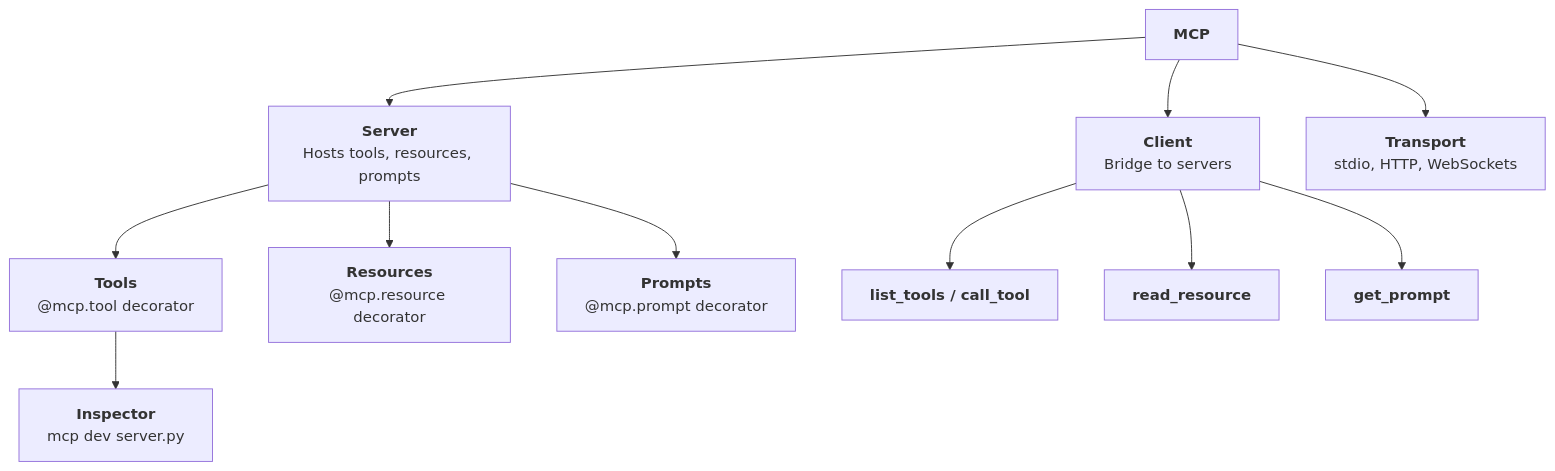
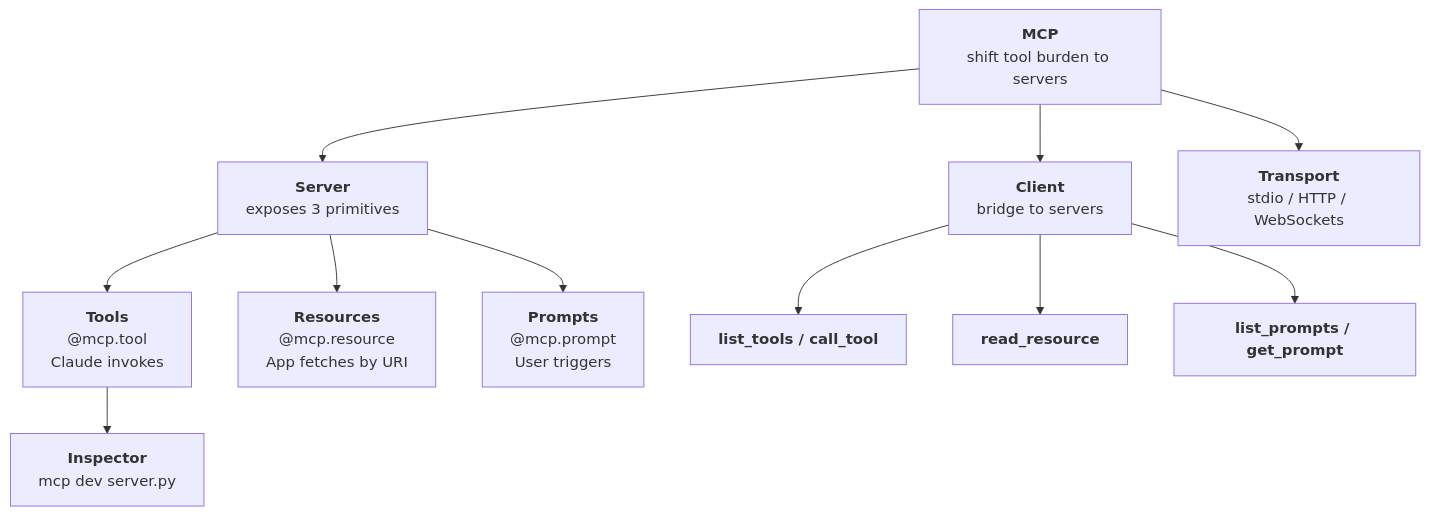
One commit to shreyabaid007/Claude-Certified-Architect changed diagram 12 of 12 in 02-Building-with-the-Claude-API/07-Model-Context-Protocol.md. Above: the diagram before and after it, drawn with Mermaid. The commit also changed other lines of this file, not shown here.

First line of the commit message:
Rewrite MCP notes as a teaching narrative

````diff
--- a/02-Building-with-the-Claude-API/07-Model-Context-Protocol.md
+++ b/02-Building-with-the-Claude-API/07-Model-Context-Protocol.md
@@ -540,13 +598,16 @@
 ```mermaid
 flowchart TD
-    A["<b>MCP</b>"] --> B["<b>Server</b><br/>Hosts tools, resources, prompts"]
-    A --> C["<b>Client</b><br/>Bridge to servers"]
-    A --> D["<b>Transport</b><br/>stdio, HTTP, WebSockets"]
-    B --> E["<b>Tools</b><br/>@mcp.tool decorator"]
-    B --> F["<b>Resources</b><br/>@mcp.resource decorator"]
-    B --> G["<b>Prompts</b><br/>@mcp.prompt decorator"]
+    A["<b>MCP</b><br/>shift tool burden to servers"] --> B["<b>Server</b><br/>exposes 3 primitives"]
+    A --> C["<b>Client</b><br/>bridge to servers"]
+    A --> D["<b>Transport</b><br/>stdio / HTTP / WebSockets"]
+
+    B --> E["<b>Tools</b><br/>@mcp.tool<br/>Claude invokes"]
+    B --> F["<b>Resources</b><br/>@mcp.resource<br/>App fetches by URI"]
+    B --> G["<b>Prompts</b><br/>@mcp.prompt<br/>User triggers"]
+
     C --> H["<b>list_tools / call_tool</b>"]
     C --> I["<b>read_resource</b>"]
-    C --> J["<b>get_prompt</b>"]
+    C --> J["<b>list_prompts / get_prompt</b>"]
+
     E --> K["<b>Inspector</b><br/>mcp dev server.py"]
 ```
````
